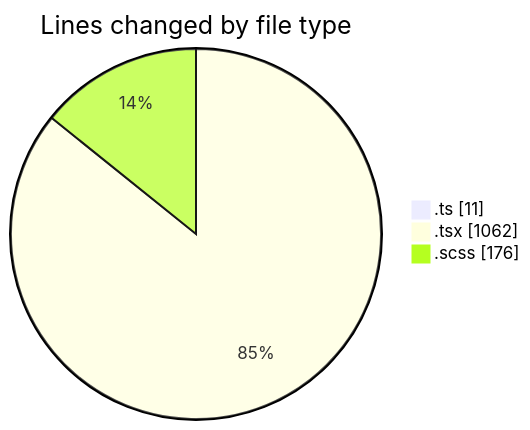
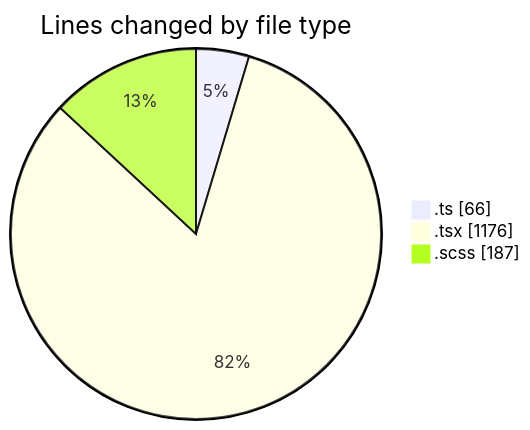
The first of 2 diagrams in 2025-03-21/cda/README.md (momahboobian/code-tracking), drawn with Mermaid before and after one commit. The commit also changed other lines of this file and 1 other file, not shown here.

````diff
--- a/2025-03-21/cda/README.md
+++ b/2025-03-21/cda/README.md
@@ -28,7 +32,7 @@
 ```mermaid
 pie showData
 title Lines changed by file type
-".ts" : 11
-".tsx" : 1062
-".scss" : 176
+".ts" : 66
+".tsx" : 1176
+".scss" : 187
 ```
````
